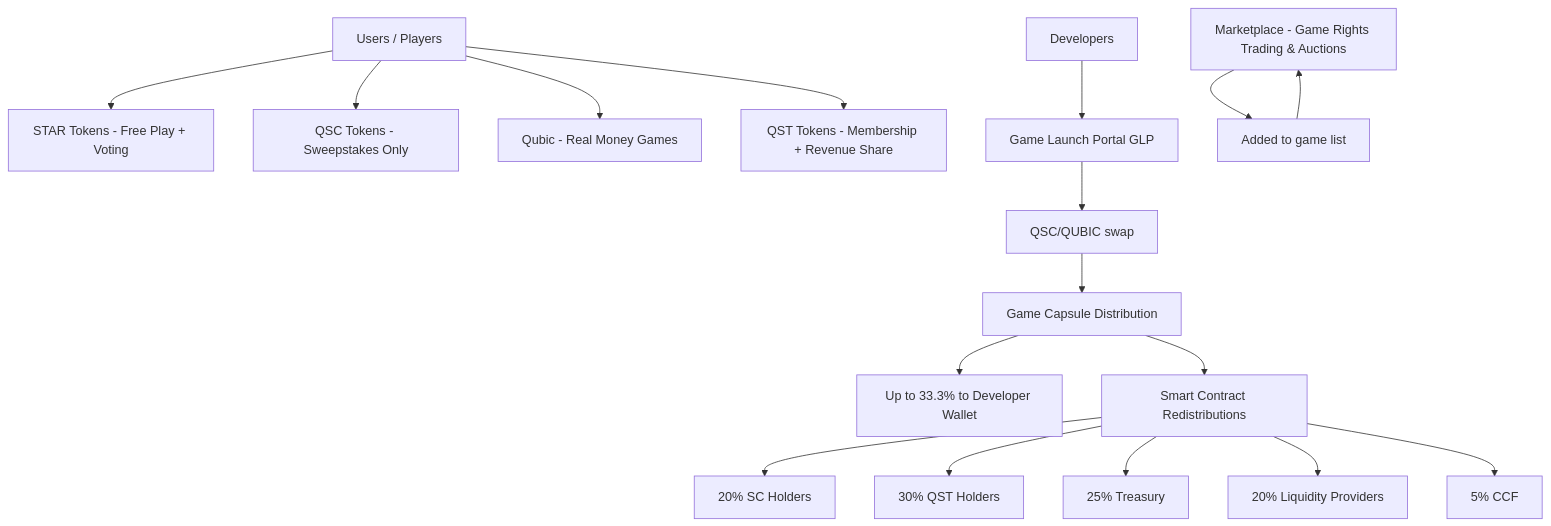
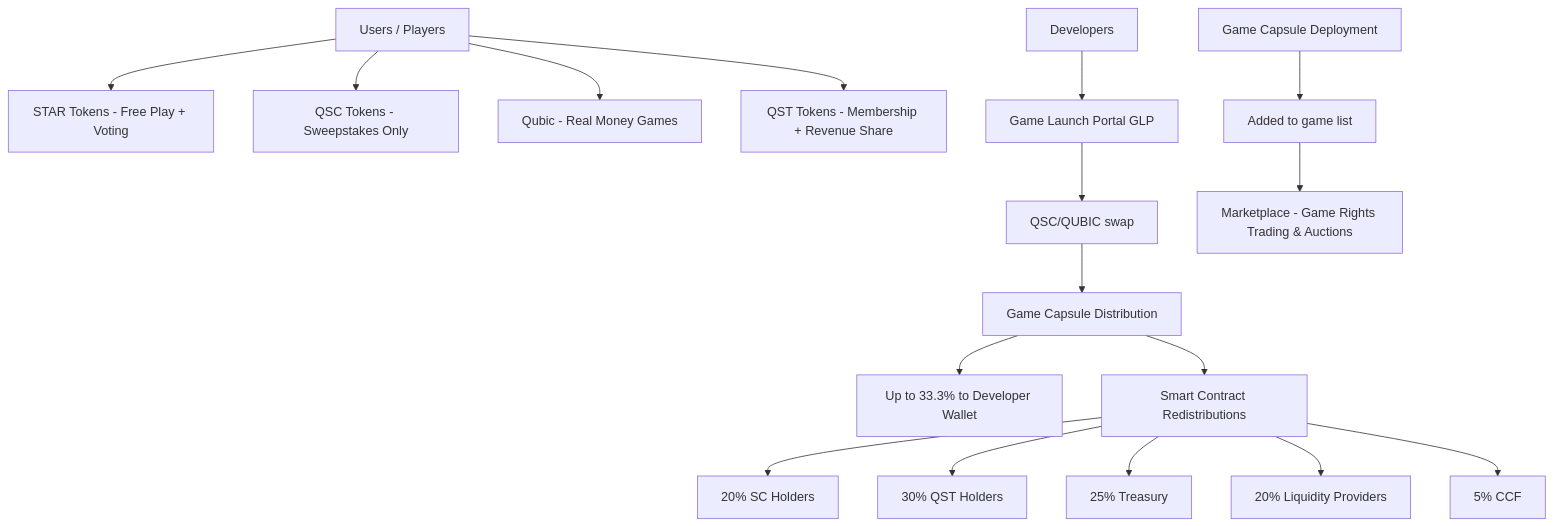
One commit to nineisten/qusino changed the first of 4 diagrams in README.md. Above: the diagram before and after it, drawn with Mermaid.

````diff
--- a/README.md
+++ b/README.md
@@ -19,22 +19,22 @@
 ```mermaid
 flowchart TD
     A[Users / Players] --> B[STAR Tokens - Free Play + Voting]
     A --> C[QSC Tokens - Sweepstakes Only]
     A --> D[Qubic - Real Money Games]
     A --> E[QST Tokens - Membership + Revenue Share]
 
     F[Game Launch Portal GLP] --> G[QSC/QUBIC swap] --> H[Game Capsule Distribution]
     H--> HH[Up to 33.3% to Developer Wallet]
     H-->I[Smart Contract Redistributions]
     I --> J[20% SC Holders]
     I --> K[30% QST Holders]
     I --> L[25% Treasury]
     I --> M[20% Liquidity Providers]
     I --> N[5% CCF]
 
     O[Developers] --> F
-    P[Game Capsule Deployment] --> Q[Added to game list]-->P[Marketplace - Game Rights Trading & Auctions]
+    P[Game Capsule Deployment] --> Q[Added to game list]-->R[Marketplace - Game Rights Trading & Auctions]
 
     
 
 ```
````
